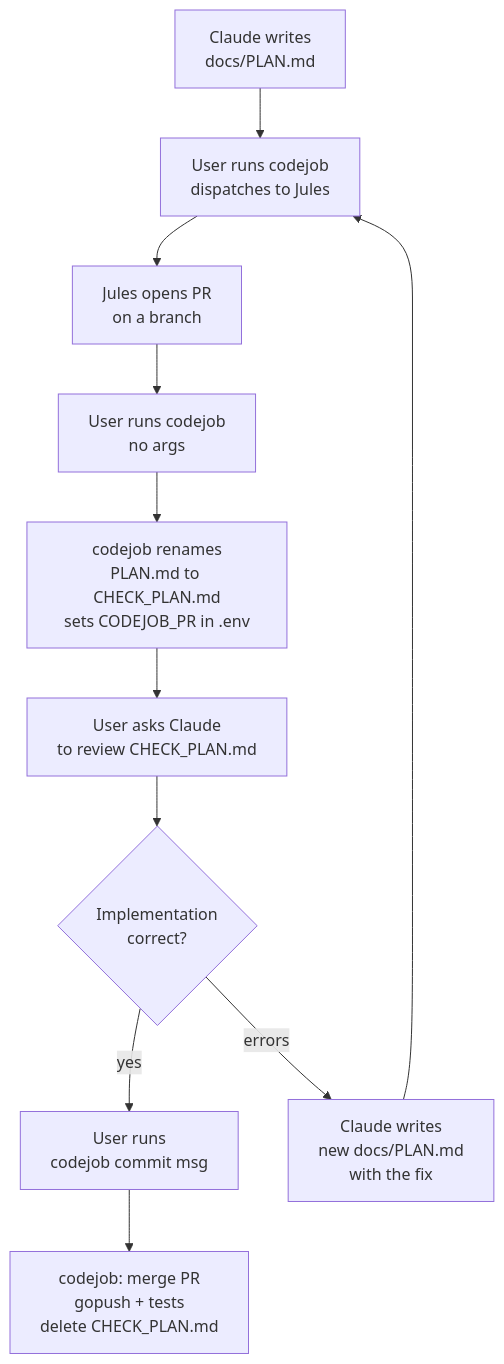
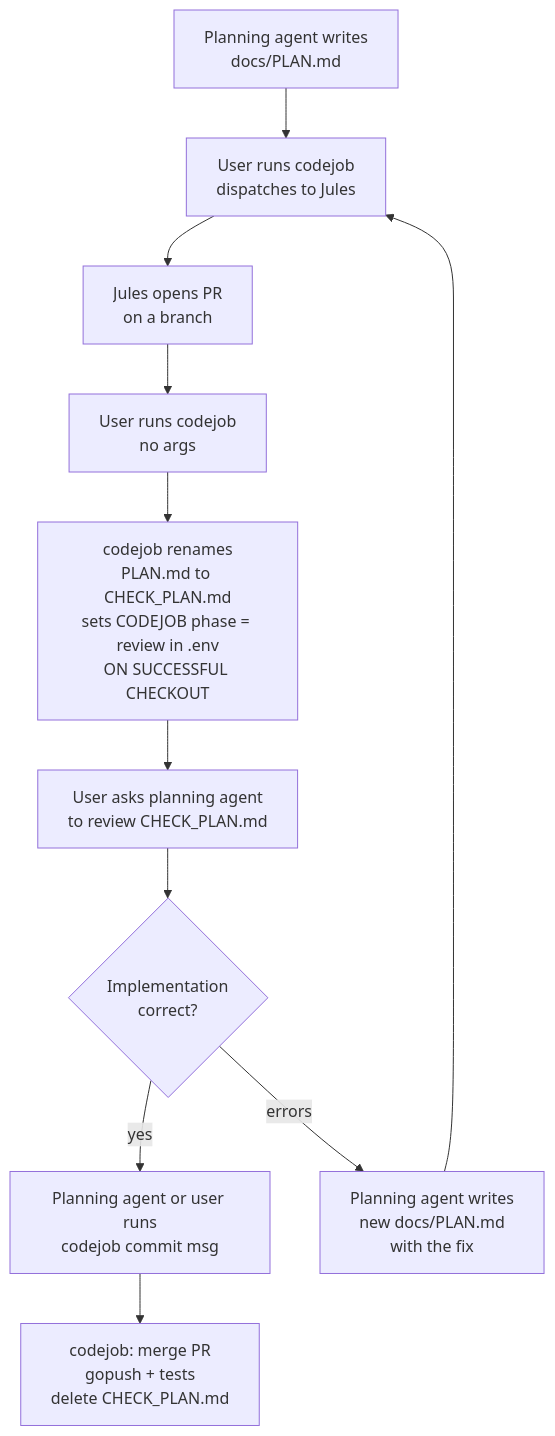
The diagram in skills/agents-workflow/SKILL.md (tinywasm/devflow), drawn with Mermaid before and after one commit. The commit also changed other lines of this file and 92 other files, not shown here.

````diff
--- a/skills/agents-workflow/SKILL.md
+++ b/skills/agents-workflow/SKILL.md
@@ -34,13 +107,13 @@
 ```mermaid
 flowchart TD
-    A[Claude writes<br/>docs/PLAN.md] --> B[User runs codejob<br/>dispatches to Jules]
+    A[Planning agent writes<br/>docs/PLAN.md] --> B[User runs codejob<br/>dispatches to Jules]
     B --> C[Jules opens PR<br/>on a branch]
     C --> D[User runs codejob<br/>no args]
-    D --> E[codejob renames<br/>PLAN.md to CHECK_PLAN.md<br/>sets CODEJOB_PR in .env]
-    E --> F[User asks Claude<br/>to review CHECK_PLAN.md]
+    D --> E[codejob renames<br/>PLAN.md to CHECK_PLAN.md<br/>sets CODEJOB phase = review in .env<br/>ON SUCCESSFUL CHECKOUT]
+    E --> F[User asks planning agent<br/>to review CHECK_PLAN.md]
     F --> G{Implementation<br/>correct?}
-    G -->|yes| H[User runs<br/>codejob commit msg]
-    G -->|errors| I[Claude writes<br/>new docs/PLAN.md<br/>with the fix]
+    G -->|yes| H[Planning agent or user runs<br/>codejob commit msg]
+    G -->|errors| I[Planning agent writes<br/>new docs/PLAN.md<br/>with the fix]
     I --> B
     H --> J[codejob: merge PR<br/>gopush + tests<br/>delete CHECK_PLAN.md]
 ```
````
